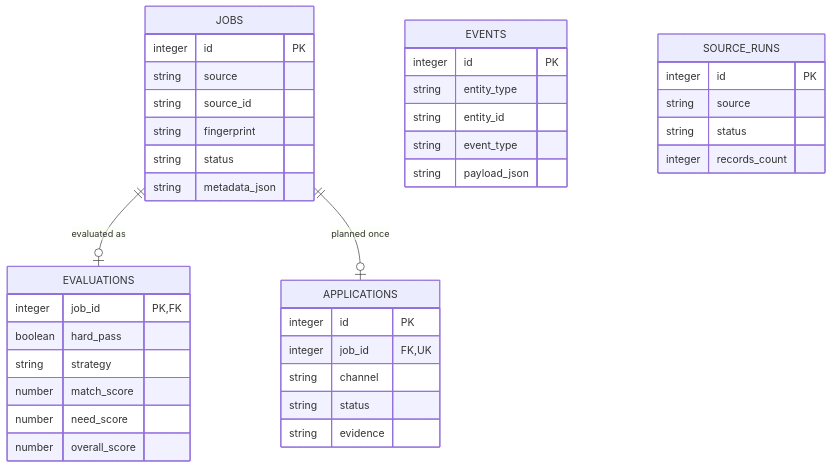
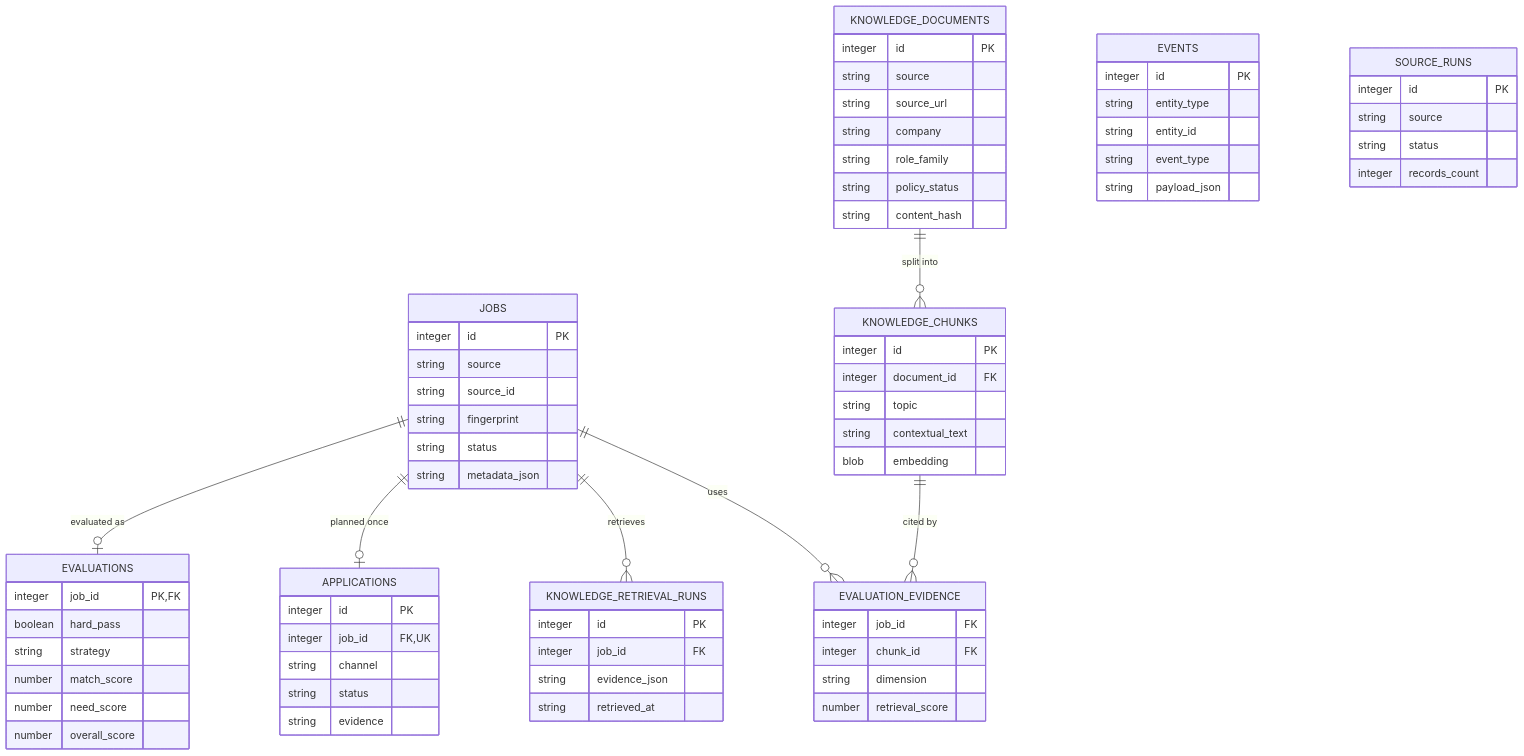
Before and after one commit to dailaor/job-agent: the seventh of 7 diagrams in docs/ARCHITECTURE.md, drawn with Mermaid. The commit also changed other lines of this file and 52 other files, not shown here.

````diff
--- a/docs/ARCHITECTURE.md
+++ b/docs/ARCHITECTURE.md
@@ -232,41 +273,73 @@
 ```mermaid
 erDiagram
     JOBS ||--o| EVALUATIONS : "evaluated as"
     JOBS ||--o| APPLICATIONS : "planned once"
+    JOBS ||--o{ KNOWLEDGE_RETRIEVAL_RUNS : "retrieves"
+    JOBS ||--o{ EVALUATION_EVIDENCE : "uses"
+    KNOWLEDGE_DOCUMENTS ||--o{ KNOWLEDGE_CHUNKS : "split into"
+    KNOWLEDGE_CHUNKS ||--o{ EVALUATION_EVIDENCE : "cited by"
     JOBS {
         integer id PK
         string source
         string source_id
         string fingerprint
         string status
         string metadata_json
     }
     EVALUATIONS {
         integer job_id PK, FK
         boolean hard_pass
         string strategy
         number match_score
         number need_score
         number overall_score
     }
     APPLICATIONS {
         integer id PK
         integer job_id FK, UK
         string channel
         string status
         string evidence
     }
     EVENTS {
         integer id PK
         string entity_type
         string entity_id
         string event_type
         string payload_json
     }
     SOURCE_RUNS {
         integer id PK
         string source
         string status
         integer records_count
     }
+    KNOWLEDGE_DOCUMENTS {
+        integer id PK
+        string source
+        string source_url
+        string company
+        string role_family
+        string policy_status
+        string content_hash
+    }
+    KNOWLEDGE_CHUNKS {
+        integer id PK
+        integer document_id FK
+        string topic
+        string contextual_text
+        blob embedding
+    }
+    KNOWLEDGE_RETRIEVAL_RUNS {
+        integer id PK
+        integer job_id FK
+        string evidence_json
+        string retrieved_at
+    }
+    EVALUATION_EVIDENCE {
+        integer job_id FK
+        integer chunk_id FK
+        string dimension
+        number retrieval_score
+    }
 ```
````
